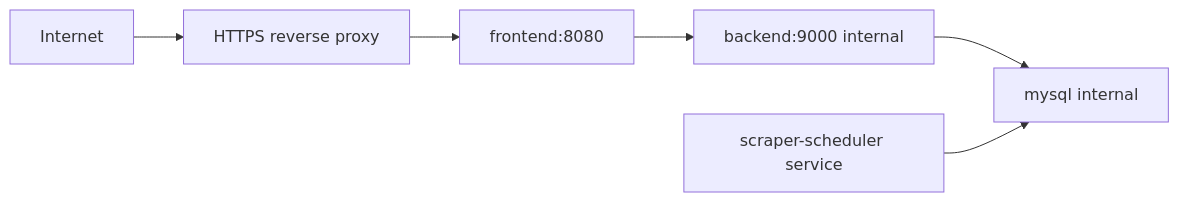
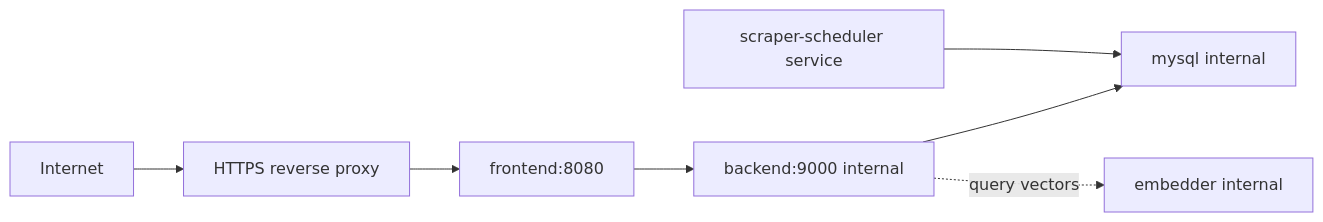
Before and after one commit to ChaddBrenner/ElonMealsDB: the diagram in docs/deployment.md, drawn with Mermaid. The commit also changed other lines of this file and 41 other files, not shown here.

````diff
--- a/docs/deployment.md
+++ b/docs/deployment.md
@@ -7,8 +9,9 @@
 ```mermaid
 flowchart LR
   Internet["Internet"] --> Proxy["HTTPS reverse proxy"]
   Proxy --> Frontend["frontend:8080"]
   Frontend --> Backend["backend:9000 internal"]
   Backend --> MySQL["mysql internal"]
+  Backend -. "query vectors" .-> Embedder["embedder internal"]
   Scheduler["scraper-scheduler service"] --> MySQL
 ```
````
